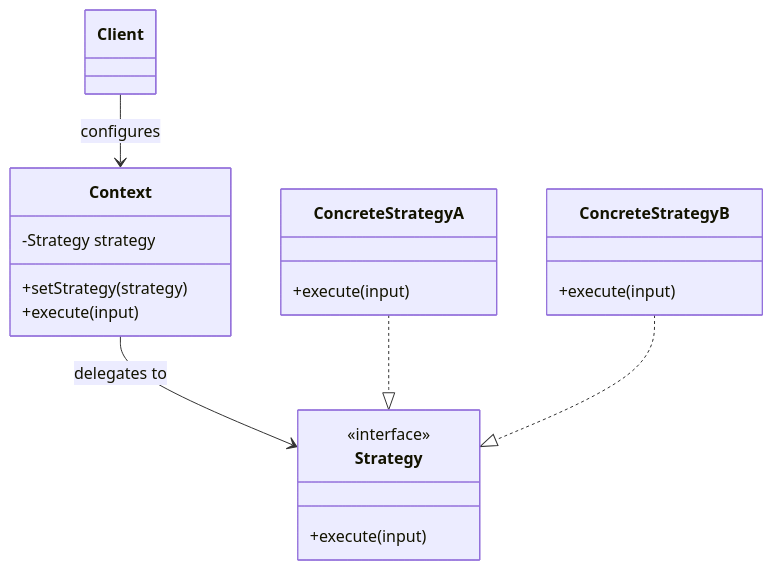
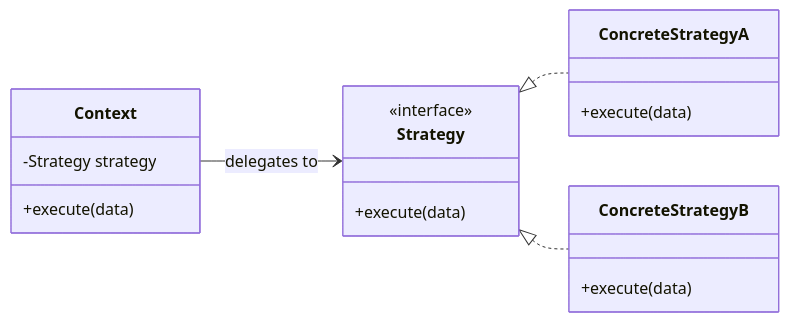
One commit to daniel-kindl/dkkb changed the diagram in src/content/docs/patterns/strategy.md. Above: the diagram before and after it, drawn with Mermaid. The commit also changed other lines of this file, not shown here.

Commit message:
docs(patterns): promote Strategy on homepage

````diff
--- a/src/content/docs/patterns/strategy.md
+++ b/src/content/docs/patterns/strategy.md
@@ -66,24 +39,22 @@
 ```mermaid
 classDiagram
-    class Client
+    direction LR
     class Context {
-      -Strategy strategy
-      +setStrategy(strategy)
-      +execute(input)
+        -Strategy strategy
+        +execute(data)
     }
     class Strategy {
-      <<interface>>
-      +execute(input)
+        <<interface>>
+        +execute(data)
     }
     class ConcreteStrategyA {
-      +execute(input)
+        +execute(data)
     }
     class ConcreteStrategyB {
-      +execute(input)
+        +execute(data)
     }
 
-    Client --> Context : configures
     Context --> Strategy : delegates to
-    ConcreteStrategyA ..|> Strategy
-    ConcreteStrategyB ..|> Strategy
+    Strategy <|.. ConcreteStrategyA
+    Strategy <|.. ConcreteStrategyB
 ```
````
